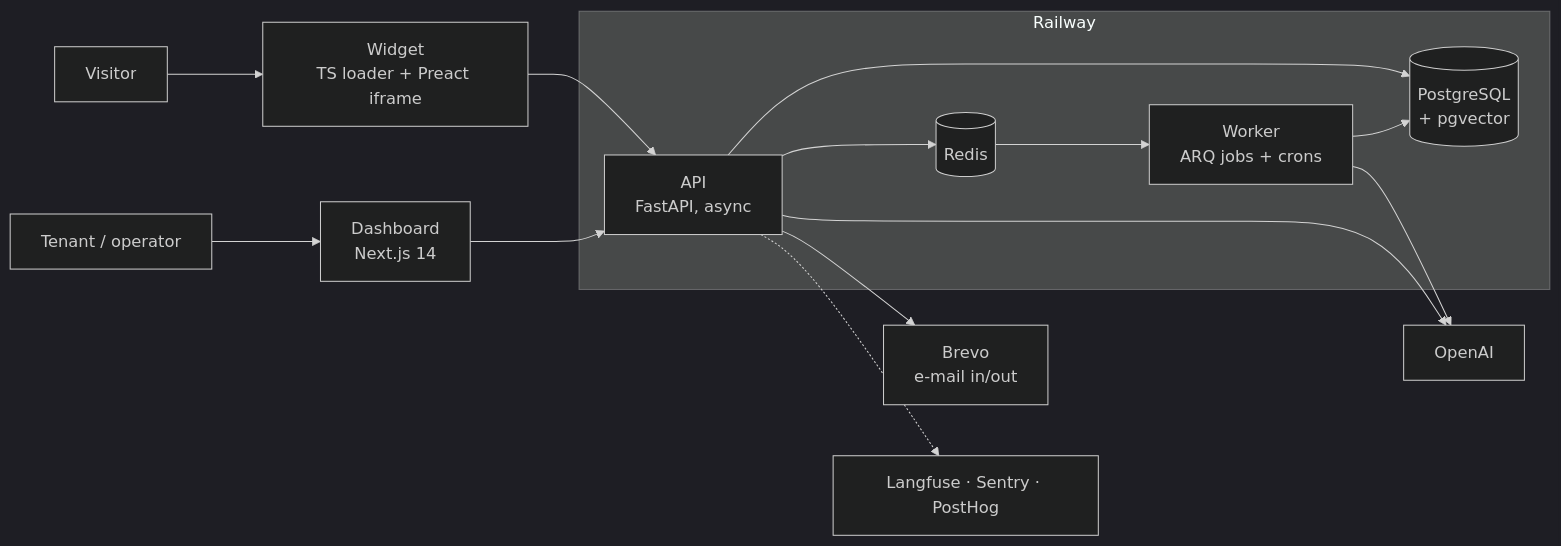
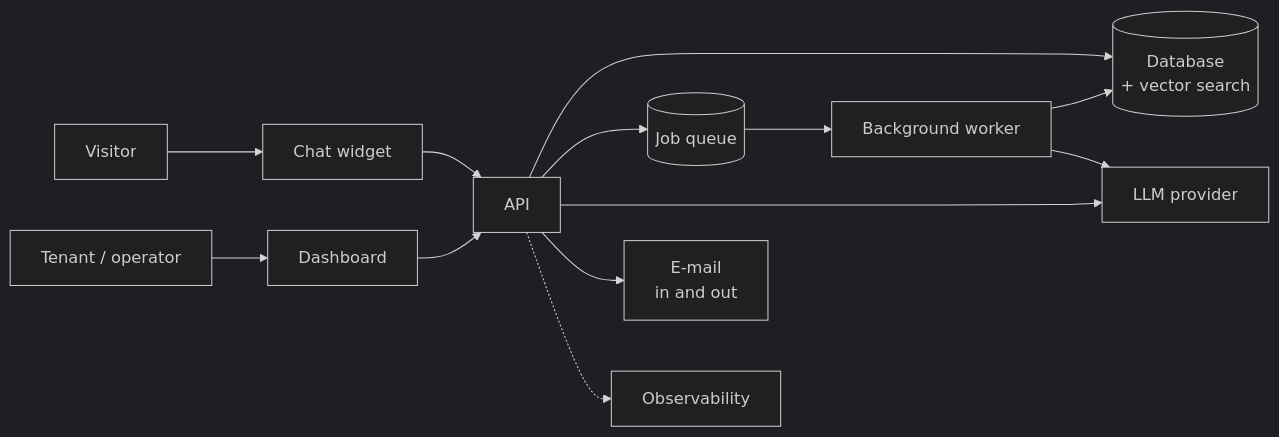
One commit to tabularasa31/ai-chatbot changed the diagram in README.md. Above: the diagram before and after it, drawn with Mermaid (dark theme). The commit also changed other lines of this file, not shown here.

Commit message:
README: architecture diagram shows roles, stack listed separately

````diff
--- a/README.md
+++ b/README.md
@@ -45,21 +45,15 @@
 ```mermaid
 flowchart LR
-    V[Visitor] --> W["Widget<br/>TS loader + Preact iframe"]
-    O[Tenant / operator] --> D["Dashboard<br/>Next.js 14"]
+    V[Visitor] --> W[Chat widget]
+    O[Tenant / operator] --> D[Dashboard]
     W --> API
     D --> API
-    subgraph Railway
-        API["API<br/>FastAPI, async"]
-        WK["Worker<br/>ARQ jobs + crons"]
-        PG[("PostgreSQL<br/>+ pgvector")]
-        R[(Redis)]
-    end
-    API --> PG
-    API --> R
+    API[API] --> PG[("Database<br/>+ vector search")]
+    API --> Q[(Job queue)]
+    Q --> WK[Background worker]
     WK --> PG
-    R --> WK
-    API --> OAI[OpenAI]
-    WK --> OAI
-    API --> BR["Brevo<br/>e-mail in/out"]
-    API -.-> OBS["Langfuse · Sentry · PostHog"]
+    API --> LLM[LLM provider]
+    WK --> LLM
+    API --> M["E-mail<br/>in and out"]
+    API -.-> OBS[Observability]
 ```
````
